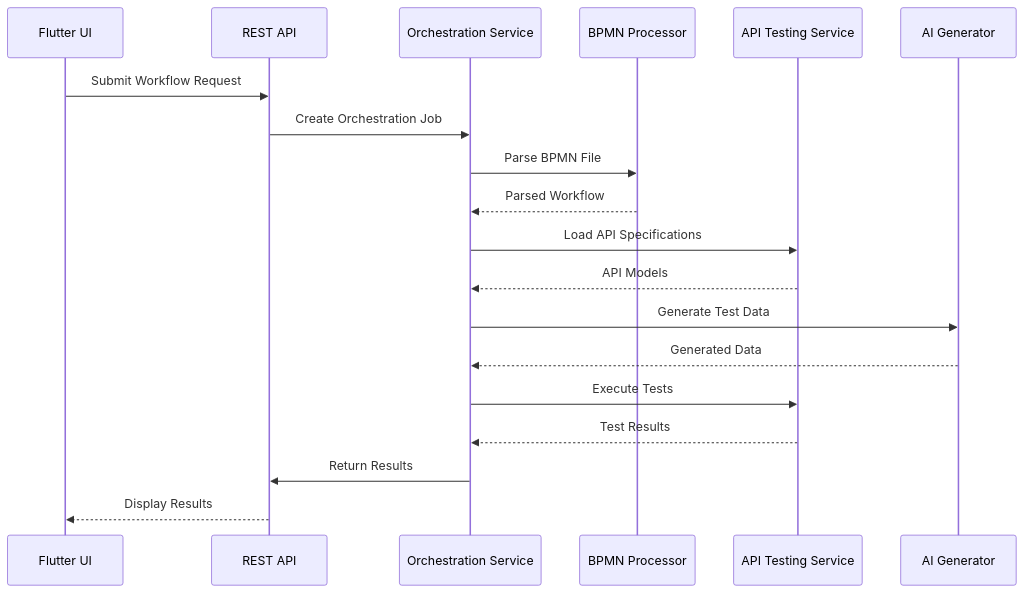
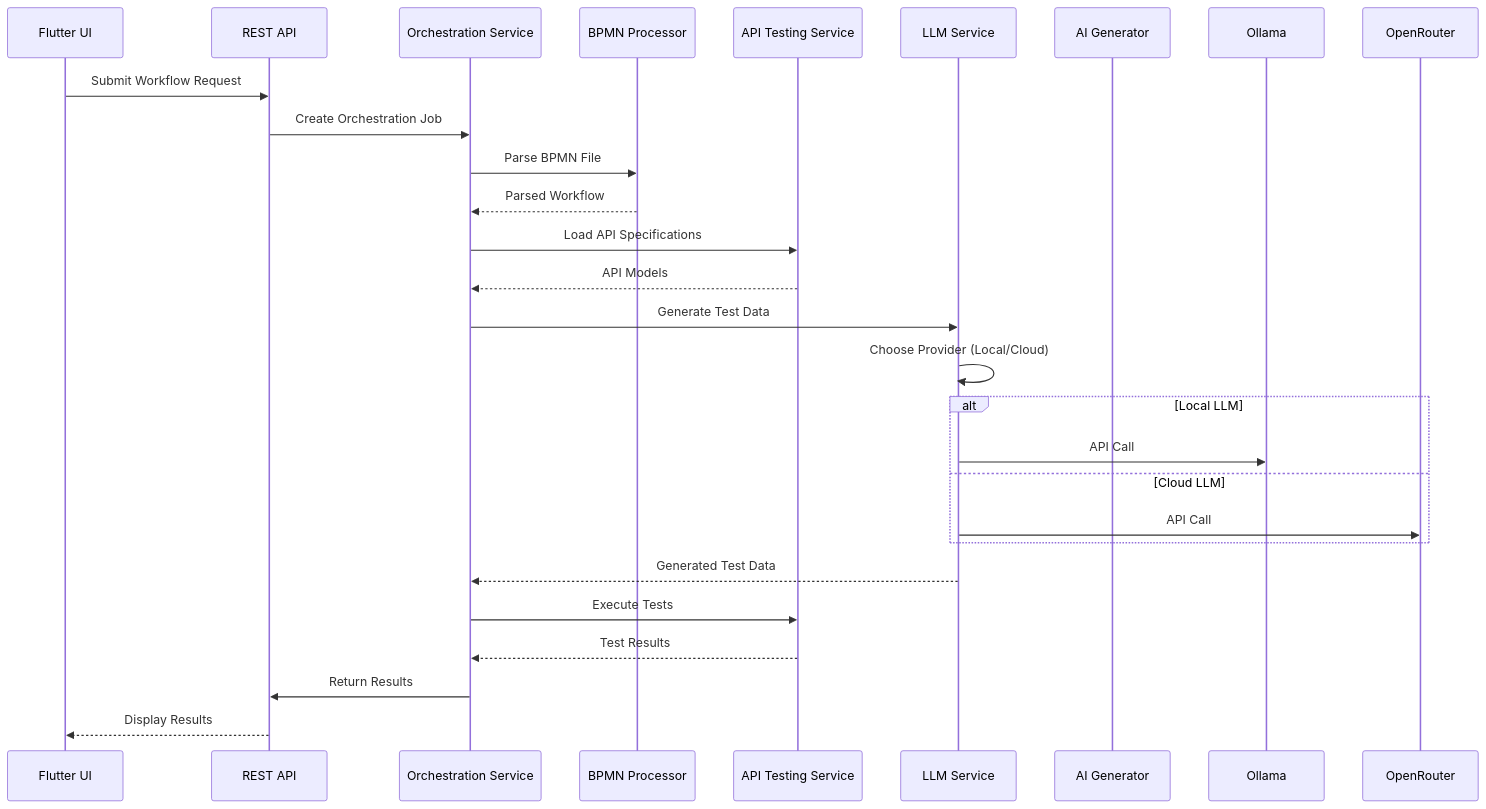
One commit to nvmediagithub/SecutityOrchestrator changed the third of 3 diagrams in architecture-overview.md. Above: the diagram before and after it, drawn with Mermaid. The commit also changed other lines of this file and 88 other files, not shown here.

````diff
--- a/architecture-overview.md
+++ b/architecture-overview.md
@@ -127,22 +218,32 @@
 ```mermaid
 sequenceDiagram
     participant UI as Flutter UI
     participant API as REST API
     participant ORCH as Orchestration Service
     participant BPMN as BPMN Processor
     participant API_TEST as API Testing Service
+    participant LLM as LLM Service
     participant AI as AI Generator
 
     UI->>API: Submit Workflow Request
     API->>ORCH: Create Orchestration Job
     ORCH->>BPMN: Parse BPMN File
     BPMN-->>ORCH: Parsed Workflow
     ORCH->>API_TEST: Load API Specifications
     API_TEST-->>ORCH: API Models
-    ORCH->>AI: Generate Test Data
-    AI-->>ORCH: Generated Data
+    
+    % LLM integration for intelligent test generation
+    ORCH->>LLM: Generate Test Data
+    LLM->>LLM: Choose Provider (Local/Cloud)
+    alt Local LLM
+        LLM->>Ollama: API Call
+    else Cloud LLM
+        LLM->>OpenRouter: API Call
+    end
+    LLM-->>ORCH: Generated Test Data
+    
     ORCH->>API_TEST: Execute Tests
     API_TEST-->>ORCH: Test Results
     ORCH->>API: Return Results
     API-->>UI: Display Results
 ```
````
